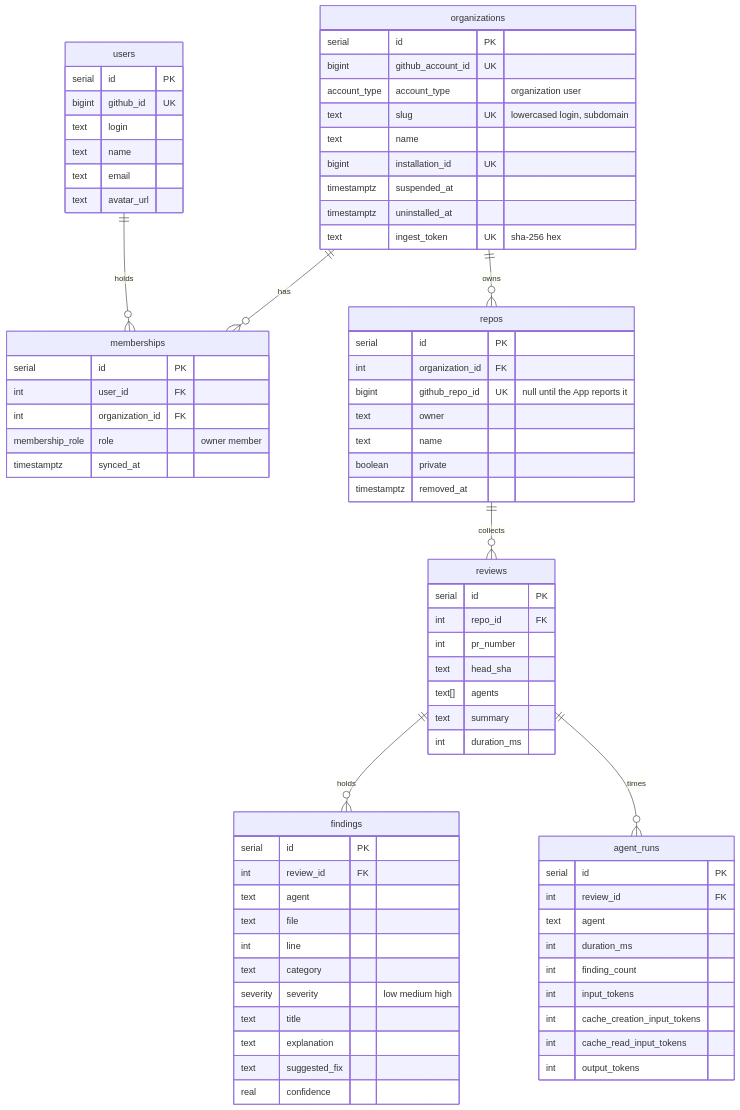
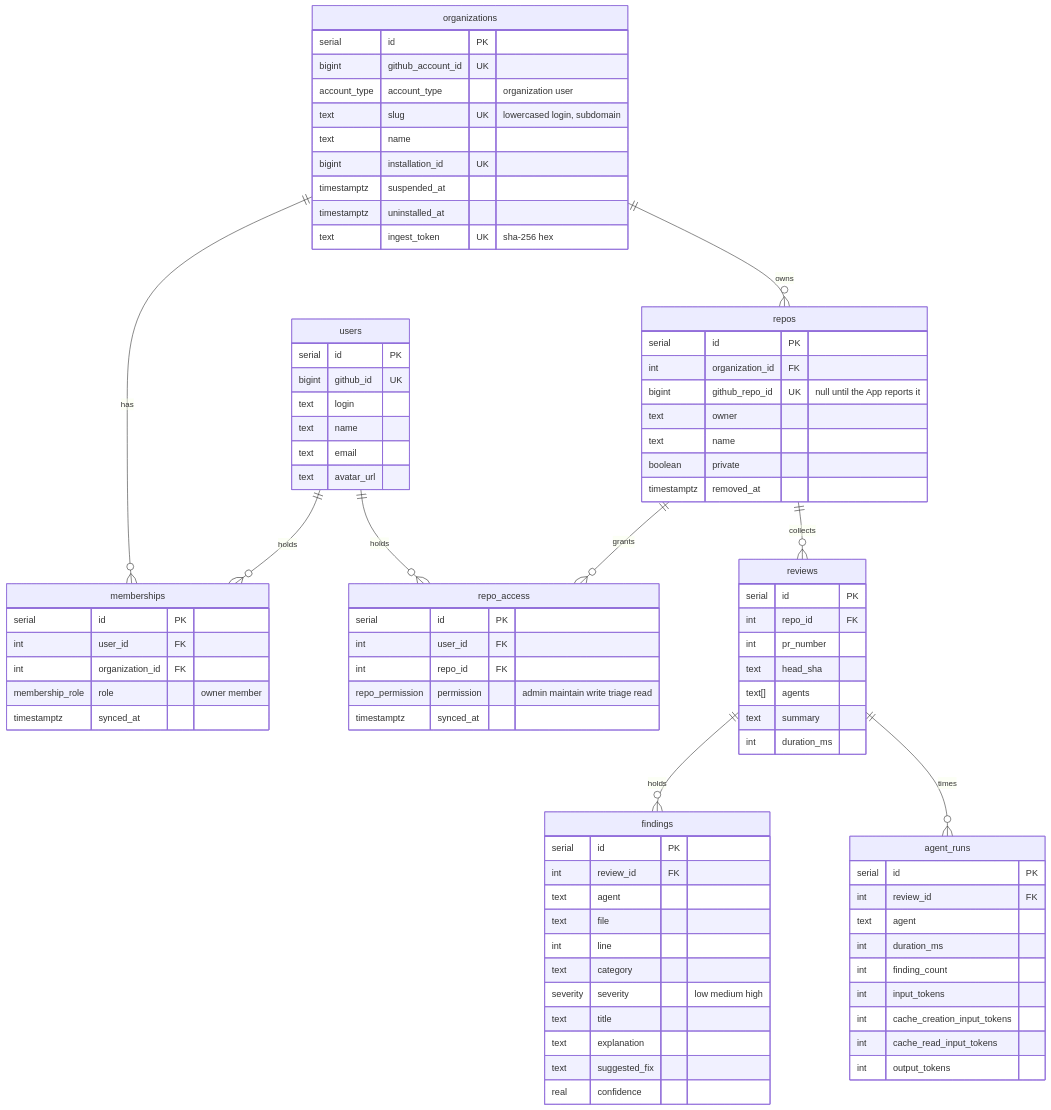
Before and after one commit to sunnyeyles/lintcat: the diagram in packages/db/README.md, drawn with Mermaid. The commit also changed other lines of this file and 14 other files, not shown here.

First line of the commit message:
feat: repo_access and repository visibility in authorize and the data source

```diff
--- a/packages/db/README.md
+++ b/packages/db/README.md
@@ -8,6 +8,8 @@
   organizations ||--o{ memberships : "has"
   users ||--o{ memberships : "holds"
   organizations ||--o{ repos : "owns"
+  users ||--o{ repo_access : "holds"
+  repos ||--o{ repo_access : "grants"
   repos ||--o{ reviews : "collects"
   reviews ||--o{ findings : "holds"
   reviews ||--o{ agent_runs : "times"
@@ -47,6 +49,13 @@
     boolean private
     timestamptz removed_at
   }
+  repo_access {
+    serial id PK
+    int user_id FK
+    int repo_id FK
+    repo_permission permission "admin maintain write triage read"
+    timestamptz synced_at
+  }
   reviews {
     serial id PK
     int repo_id FK
```
